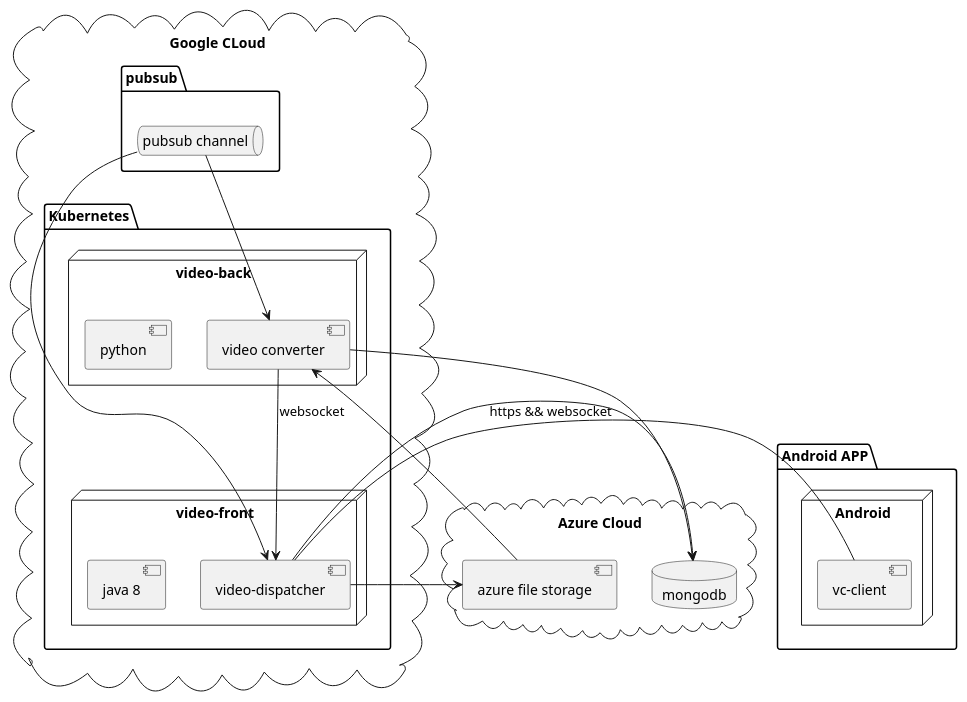
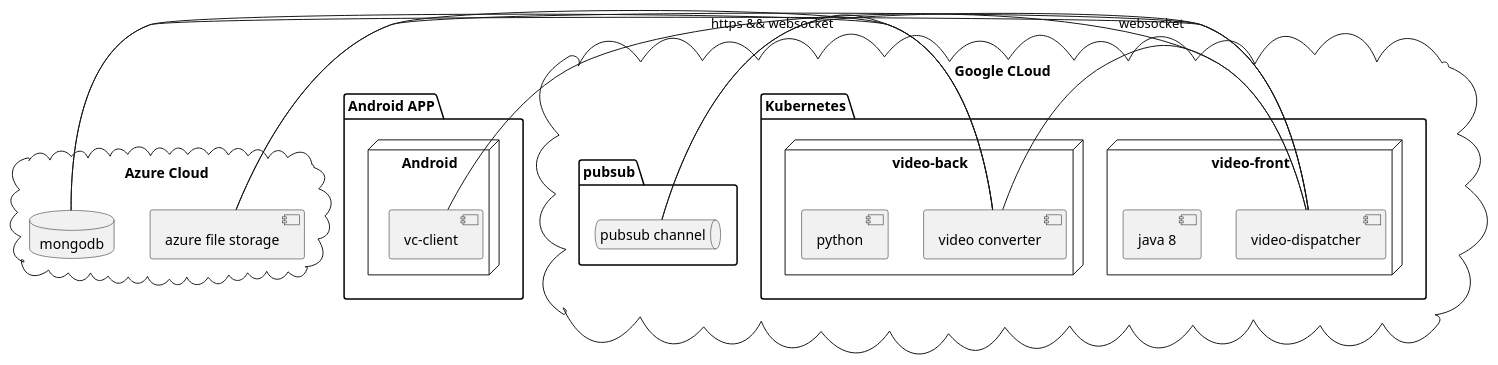
The diagram in UML/deployement.puml (Ackincolor/AD), drawn with PlantUML before and after one commit. The commit also changed 7 other files, not shown here.

```diff
--- a/UML/deployement.puml
+++ b/UML/deployement.puml
@@ -1,44 +1,44 @@
 @startuml
 top to bottom direction
 skinparam packageStyle cloud
 package "Google CLoud" {
     folder "Kubernetes" {
         node "video-front" {
             [java 8]
             [video-dispatcher]
         }
     }
     folder "Kubernetes" {
         node "video-back" {
             [python]
             [video converter]
         }
     }
     folder "pubsub" {
         queue "pubsub channel" as ps
     }
 }
 together {
 skinparam packageStyle package
 package "Android APP" {
     node "Android" {
         [vc-client]
     }
 }
 skinparam packageStyle cloud
 package "Azure Cloud" {
     [azure file storage]
     database "mongodb" as mongo
 }
 }
 
 
 [vc-client] - [video-dispatcher] : https && websocket
-[azure file storage] -> [video converter]
-[video converter] -> mongo
-[video-dispatcher] -> mongo
-[video converter] --> [video-dispatcher] : websocket
-[video-dispatcher] --> [azure file storage]
-ps --> [video converter]
-ps --> [video-dispatcher]
+[azure file storage] - [video converter]
+[video converter] - mongo
+[video-dispatcher] - mongo
+[video converter] - [video-dispatcher] : websocket
+[video-dispatcher] - [azure file storage]
+ps - [video converter]
+ps - [video-dispatcher]
 @enduml
```
